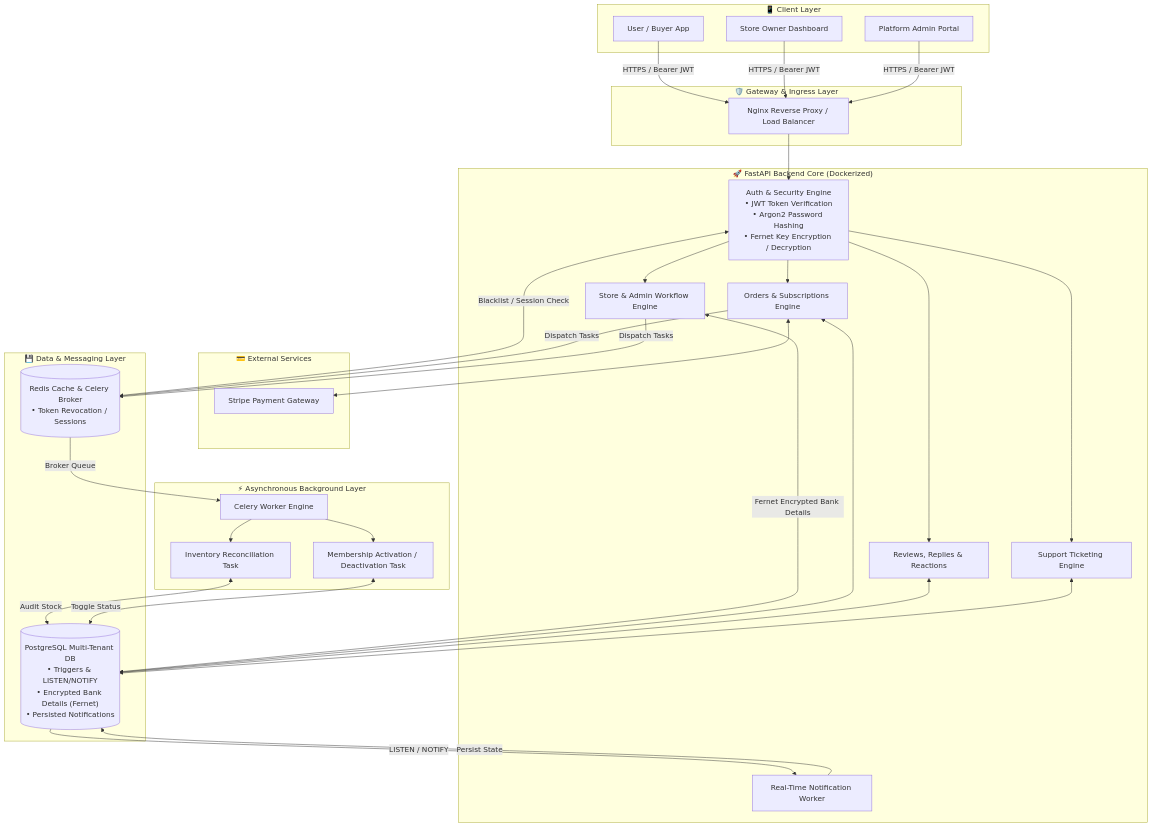
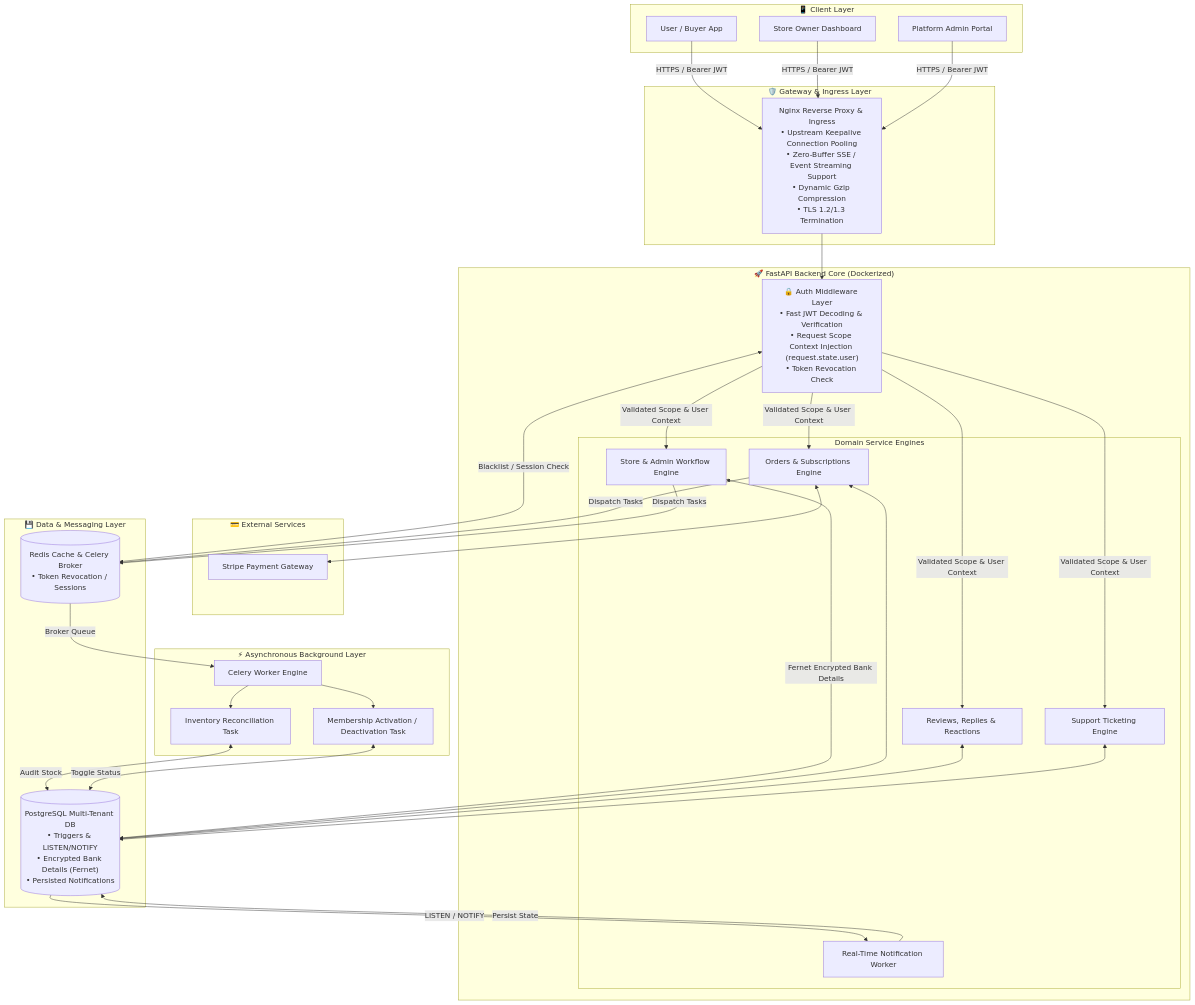
The diagram in README.md (CodeEmmanuel-beep/AtomicCommerce), drawn with Mermaid before and after one commit. The commit also changed other lines of this file, not shown here.

Commit message:
Revise architecture details and module descriptions in README
Updated README to reflect changes in architecture, including the addition of AuthMiddleware and its role in context propagation. Adjusted descriptions for Nginx and various modules for clarity and accuracy.

````diff
--- a/README.md
+++ b/README.md
@@ -15,72 +15,77 @@
 ```mermaid
 graph TB
     subgraph Clients["📱 Client Layer"]
         UserClient["User / Buyer App"]
         MerchantClient["Store Owner Dashboard"]
         AdminClient["Platform Admin Portal"]
     end
 
     subgraph Gateway["🛡️ Gateway & Ingress Layer"]
-        Nginx["Nginx Reverse Proxy / Load Balancer"]
+        Nginx["Nginx Reverse Proxy & Ingress<br/>• Upstream Keepalive Connection Pooling<br/>• Zero-Buffer SSE / Event Streaming Support<br/>• Dynamic Gzip Compression<br/>• TLS 1.2/1.3 Termination"]
     end
 
     subgraph Application["🚀 FastAPI Backend Core (Dockerized)"]
-        AuthModule["Auth & Security Engine<br/>• JWT Token Verification<br/>• Argon2 Password Hashing<br/>• Fernet Key Encryption / Decryption"]
-        StoreMgmt["Store & Admin Workflow Engine"]
-        OrderSubEngine["Orders & Subscriptions Engine"]
-        EngagementModule["Reviews, Replies & Reactions"]
-        SupportModule["Support Ticketing Engine"]
-        NotifService["Real-Time Notification Worker"]
+        AuthMiddleware["🔒 Auth Middleware Layer<br/>• Fast JWT Decoding & Verification<br/>• Request Scope Context Injection (request.state.user)<br/>• Token Revocation Check"]
+        
+        subgraph DomainServices["Domain Service Engines"]
+            StoreMgmt["Store & Admin Workflow Engine"]
+            OrderSubEngine["Orders & Subscriptions Engine"]
+            EngagementModule["Reviews, Replies & Reactions"]
+            SupportModule["Support Ticketing Engine"]
+            NotifService["Real-Time Notification Worker"]
+        end
     end
 
     subgraph BackgroundWorkers["⚡ Asynchronous Background Layer"]
         CeleryWorker["Celery Worker Engine"]
         InventoryTask["Inventory Reconciliation Task"]
         MembershipTask["Membership Activation / Deactivation Task"]
     end
 
     subgraph External["💳 External Services"]
         Stripe["Stripe Payment Gateway"]
     end
 
     subgraph DataLayer["💾 Data & Messaging Layer"]
         PostgreSQL[("PostgreSQL Multi-Tenant DB<br/>• Triggers & LISTEN/NOTIFY<br/>• Encrypted Bank Details (Fernet)<br/>• Persisted Notifications")]
         RedisCache[("Redis Cache & Celery Broker<br/>• Token Revocation / Sessions")]
     end
 
     %% Client Routing
     UserClient -->|HTTPS / Bearer JWT| Nginx
     MerchantClient -->|HTTPS / Bearer JWT| Nginx
     AdminClient -->|HTTPS / Bearer JWT| Nginx
 
-    %% Ingress to App
-    Nginx --> AuthModule
-    AuthModule --> StoreMgmt
-    AuthModule --> OrderSubEngine
-    AuthModule --> EngagementModule
-    AuthModule --> SupportModule
+    %% Gateway to App
+    Nginx --> AuthMiddleware
+
+    %% Auth Middleware Context Propagation to Domain Services via Request Scope
+    AuthMiddleware -->|Validated Scope & User Context| StoreMgmt
+    AuthMiddleware -->|Validated Scope & User Context| OrderSubEngine
+    AuthMiddleware -->|Validated Scope & User Context| EngagementModule
+    AuthMiddleware -->|Validated Scope & User Context| SupportModule
 
     %% External & Caching
     OrderSubEngine <--> Stripe
-    AuthModule <-->|Blacklist / Session Check| RedisCache
+    AuthMiddleware <-->|Blacklist / Session Check| RedisCache
 
     %% Async Queue Dispatch (Celery)
     OrderSubEngine -->|Dispatch Tasks| RedisCache
     StoreMgmt -->|Dispatch Tasks| RedisCache
     
     RedisCache -->|Broker Queue| CeleryWorker
     CeleryWorker --> InventoryTask
     CeleryWorker --> MembershipTask
 
     %% Database Sync & Security
     StoreMgmt <-->|Fernet Encrypted Bank Details| PostgreSQL
     OrderSubEngine <--> PostgreSQL
     EngagementModule <--> PostgreSQL
     SupportModule <--> PostgreSQL
     InventoryTask <-->|Audit Stock| PostgreSQL
     MembershipTask <-->|Toggle Status| PostgreSQL
 
     %% Real-time DB Triggers
     PostgreSQL -- "LISTEN / NOTIFY" --> NotifService
     NotifService -- "Persist State" --> PostgreSQL
 ```
````
